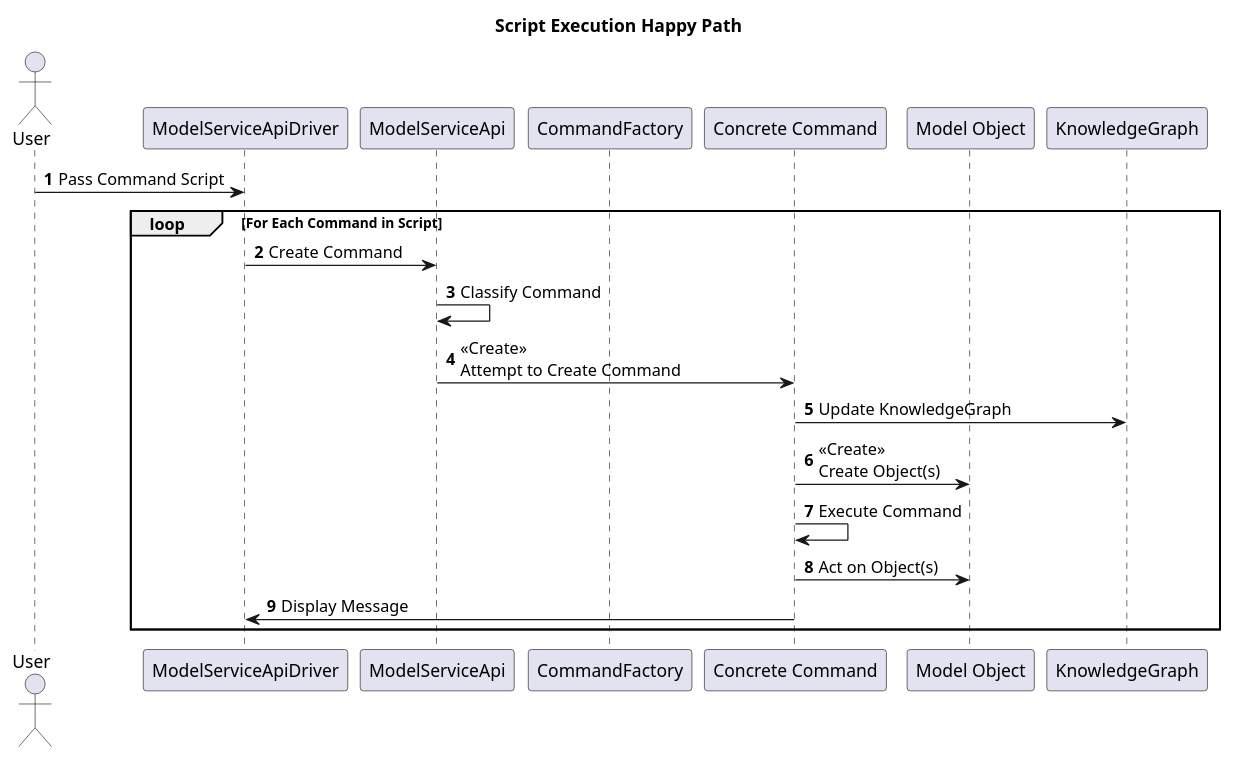
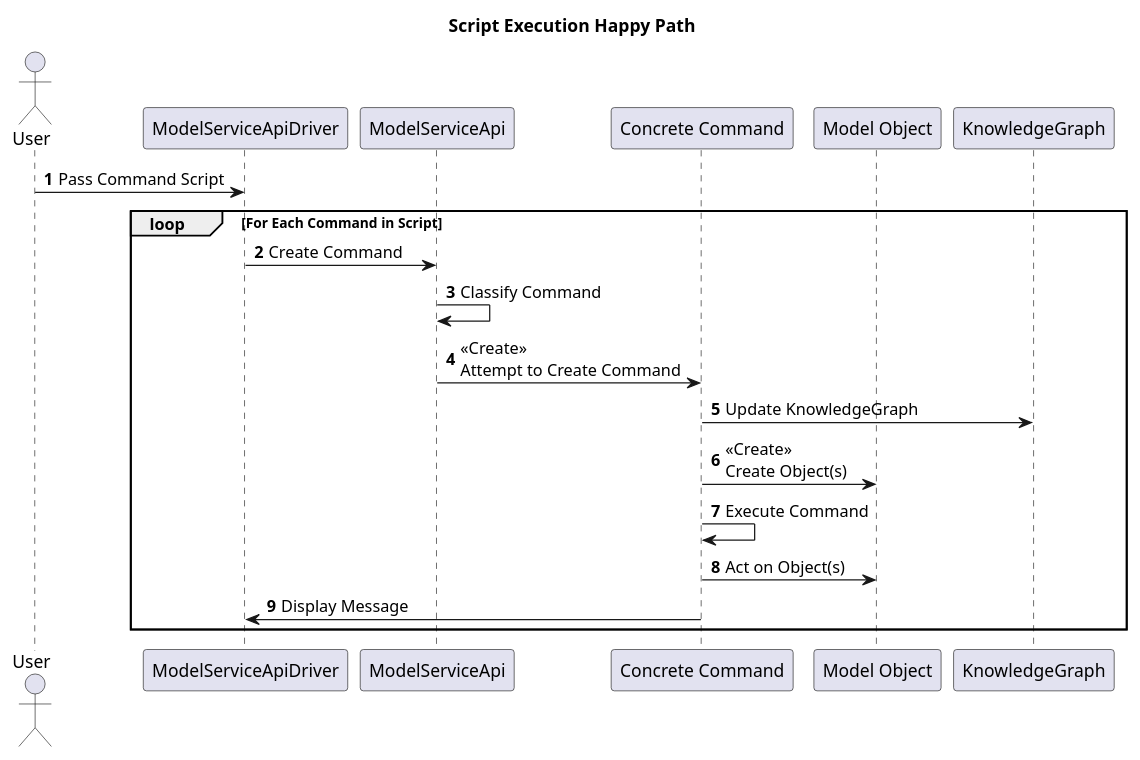
Before and after one commit to erikorlowski/cscie97: the second of 3 diagrams in cscie97/asn2/Design.md, drawn with PlantUML. The commit also changed other lines of this file and 15 other files, not shown here.

````diff
--- a/cscie97/asn2/Design.md
+++ b/cscie97/asn2/Design.md
@@ -230,26 +228,25 @@
 ```plantuml
 @startuml
 title Script Execution Happy Path
 
 autonumber
 
 actor User
 participant ModelServiceApiDriver
 participant ModelServiceApi
-participant CommandFactory
 participant Command as "Concrete Command"
 participant Obj as "Model Object"
 
 User -> ModelServiceApiDriver : Pass Command Script
 loop For Each Command in Script
     ModelServiceApiDriver -> ModelServiceApi : Create Command
     ModelServiceApi -> ModelServiceApi : Classify Command
     ModelServiceApi -> Command : <<Create>>\nAttempt to Create Command
     Command -> KnowledgeGraph : Update KnowledgeGraph
     Command -> Obj : <<Create>>\nCreate Object(s)
     Command -> Command : Execute Command
     Command -> Obj : Act on Object(s)
     Command -> ModelServiceApiDriver : Display Message
 end
 @enduml
 ```
````
